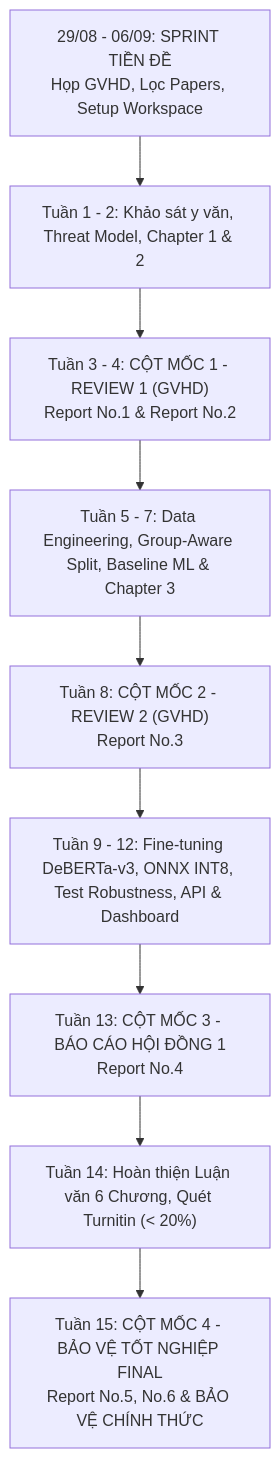
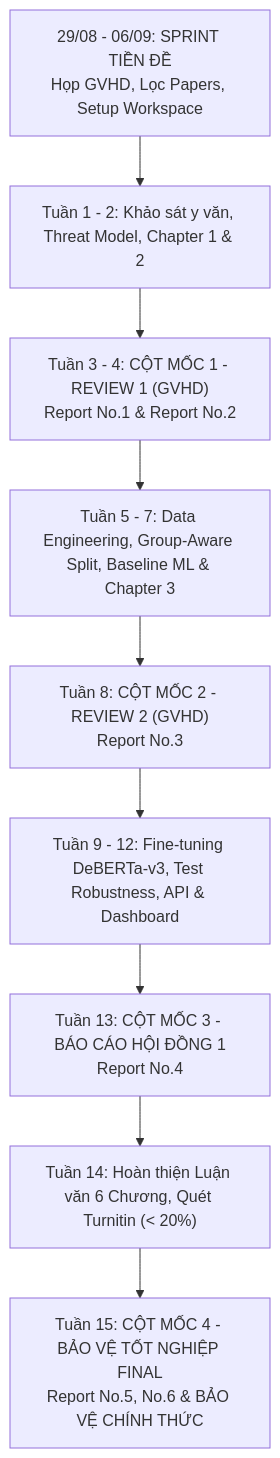
The diagram in Final-Report/thesis/FPT_IAP491_Capstone_Guidelines_and_Rubrics_Summary.md (nvtruongops/pi-guard), drawn with Mermaid before and after one commit. The commit also changed other lines of this file and 184 other files, not shown here.

````diff
--- a/Final-Report/thesis/FPT_IAP491_Capstone_Guidelines_and_Rubrics_Summary.md
+++ b/Final-Report/thesis/FPT_IAP491_Capstone_Guidelines_and_Rubrics_Summary.md
@@ -91,11 +91,11 @@
 ```mermaid
 flowchart TD
     S0["29/08 - 06/09: SPRINT TIỀN ĐỀ<br/>Họp GVHD, Lọc Papers, Setup Workspace"] --> S1["Tuần 1 - 2: Khảo sát y văn, Threat Model, Chapter 1 & 2"]
     S1 --> S2["Tuần 3 - 4: CỘT MỐC 1 - REVIEW 1 (GVHD)<br/>Report No.1 & Report No.2"]
     S2 --> S3["Tuần 5 - 7: Data Engineering, Group-Aware Split, Baseline ML & Chapter 3"]
     S3 --> S4["Tuần 8: CỘT MỐC 2 - REVIEW 2 (GVHD)<br/>Report No.3"]
-    S4 --> S5["Tuần 9 - 12: Fine-tuning DeBERTa-v3, ONNX INT8, Test Robustness, API & Dashboard"]
+    S4 --> S5["Tuần 9 - 12: Fine-tuning DeBERTa-v3, Test Robustness, API & Dashboard"]
     S5 --> S6["Tuần 13: CỘT MỐC 3 - BÁO CÁO HỘI ĐỒNG 1<br/>Report No.4"]
     S6 --> S7["Tuần 14: Hoàn thiện Luận văn 6 Chương, Quét Turnitin (&lt; 20%)"]
     S7 --> S8["Tuần 15: CỘT MỐC 4 - BẢO VỆ TỐT NGHIỆP FINAL<br/>Report No.5, No.6 & BẢO VỆ CHÍNH THỨC"]
 ```
````
